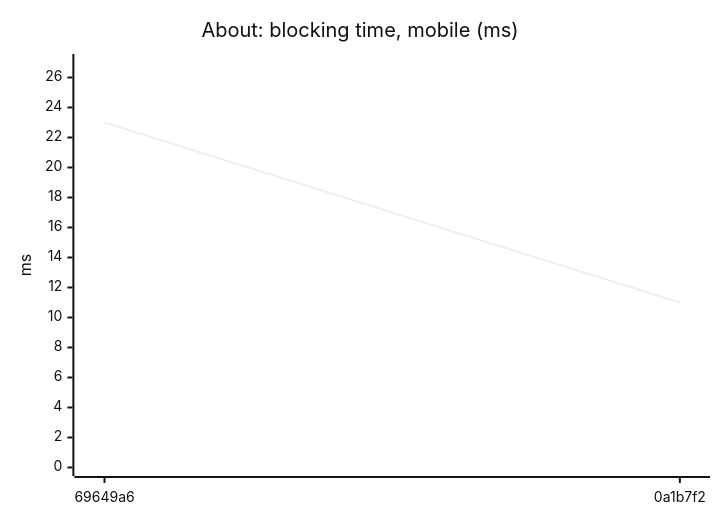
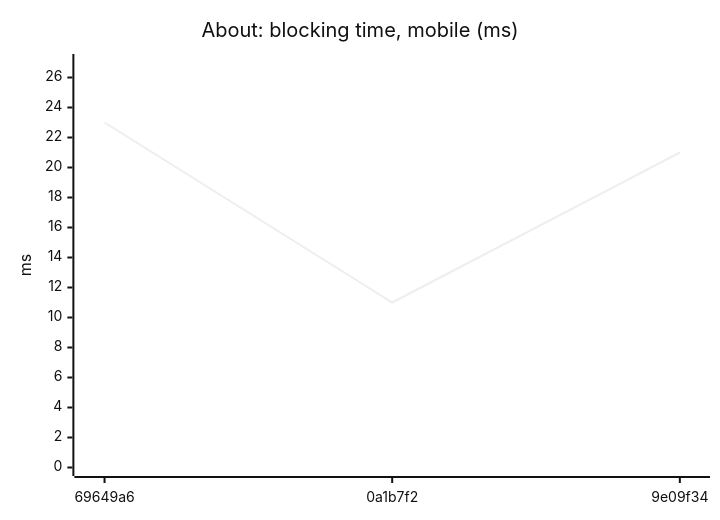
One commit to AxelUser/maltsev.space changed the sixth of 18 diagrams in README.md. Above: the diagram before and after it, drawn with Mermaid (neutral theme). The commit also changed other lines of this file and 1 other file, not shown here.

````diff
--- a/README.md
+++ b/README.md
@@ -79,7 +79,7 @@
 ```mermaid
 xychart-beta
   title "About: blocking time, mobile (ms)"
-  x-axis ["69649a6", "0a1b7f2"]
+  x-axis ["69649a6", "0a1b7f2", "9e09f34"]
   y-axis "ms" 0 --> 27
-  line [23, 11]
+  line [23, 11, 21]
 ```
````
